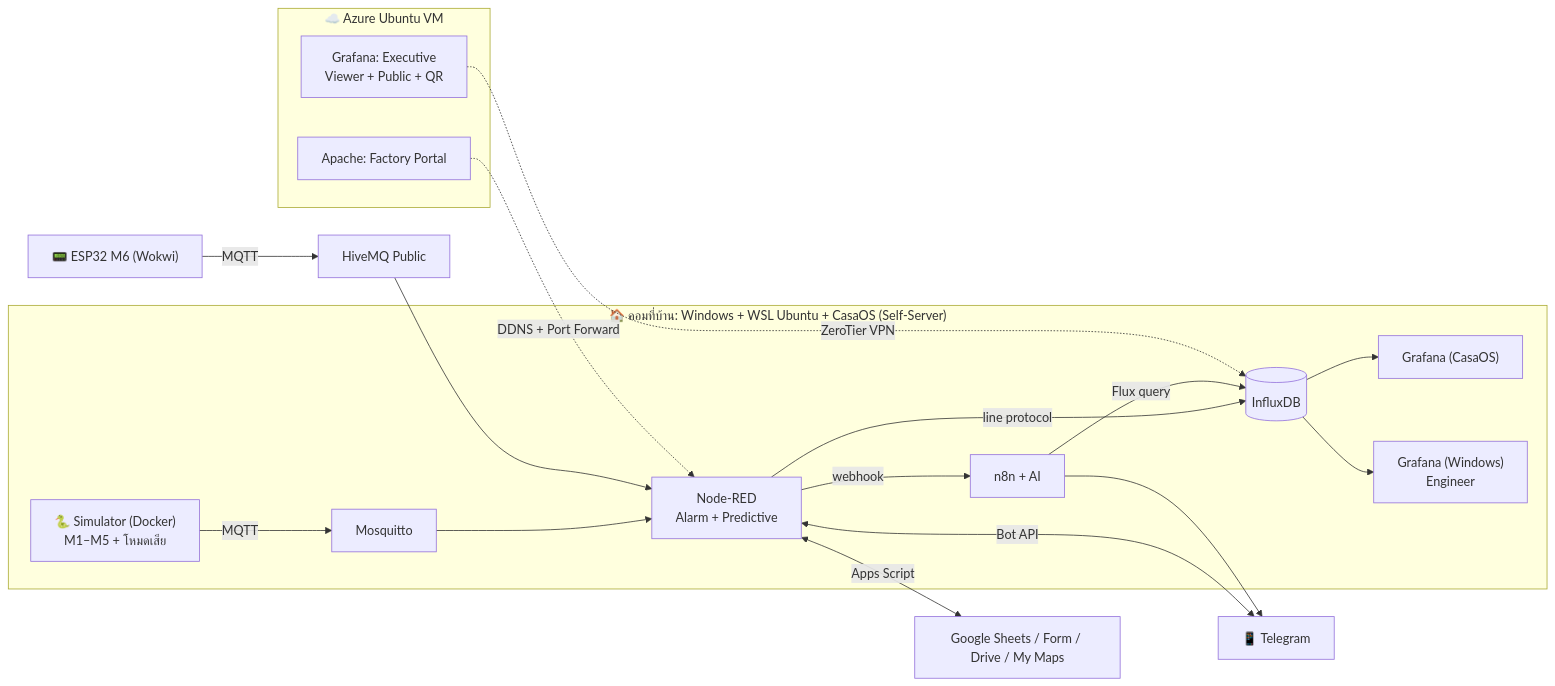
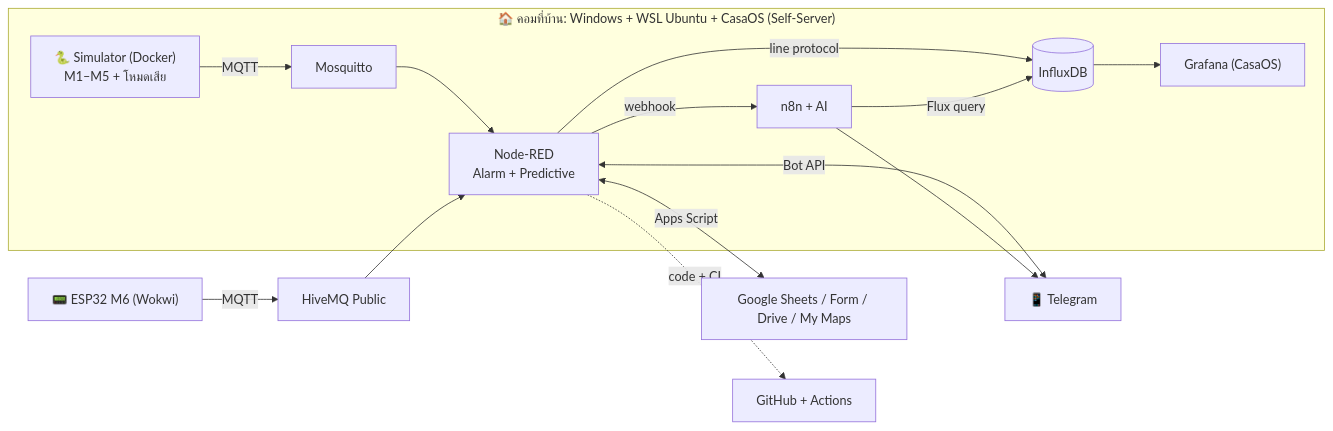
The diagram in README.md (sutiporn03082547-eng/smart-factory-iot), drawn with Mermaid before and after one commit. The commit also changed other lines of this file and 8 other files, not shown here.

````diff
--- a/README.md
+++ b/README.md
@@ -13,22 +13,16 @@
 ```mermaid
 flowchart LR
   subgraph HOME["🏠 คอมที่บ้าน: Windows + WSL Ubuntu + CasaOS (Self-Server)"]
     SIM["🐍 Simulator (Docker)<br/>M1–M5 + โหมดเสีย"] -->|MQTT| MQ["Mosquitto"]
     MQ --> NR["Node-RED<br/>Alarm + Predictive"]
     NR -->|line protocol| IDB[("InfluxDB")]
     IDB --> GFC["Grafana (CasaOS)"]
-    IDB --> GFW["Grafana (Windows)<br/>Engineer"]
     N8N["n8n + AI"] -->|Flux query| IDB
     NR -->|webhook| N8N
   end
   WOK["📟 ESP32 M6 (Wokwi)"] -->|MQTT| HIVE["HiveMQ Public"] --> NR
   NR <-->|Apps Script| GS["Google Sheets / Form / Drive / My Maps"]
   NR <-->|Bot API| TG["📱 Telegram"]
   N8N --> TG
-  subgraph AZ["☁️ Azure Ubuntu VM"]
-    AP["Apache: Factory Portal"]
-    GFA["Grafana: Executive<br/>Viewer + Public + QR"]
-  end
-  GFA -.->|ZeroTier VPN| IDB
-  AP -.->|DDNS + Port Forward| NR
+  NR -.->|code + CI| GH["GitHub + Actions"]
 ```
````
